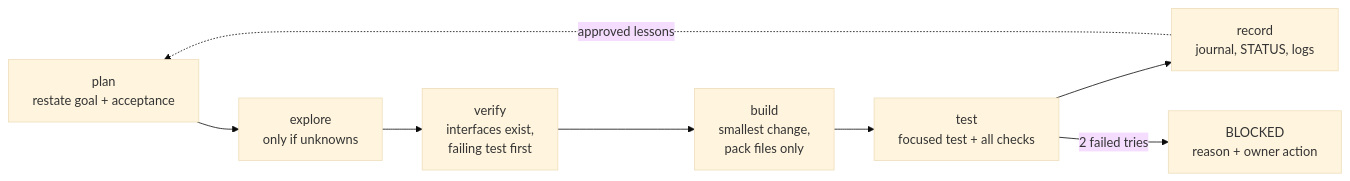
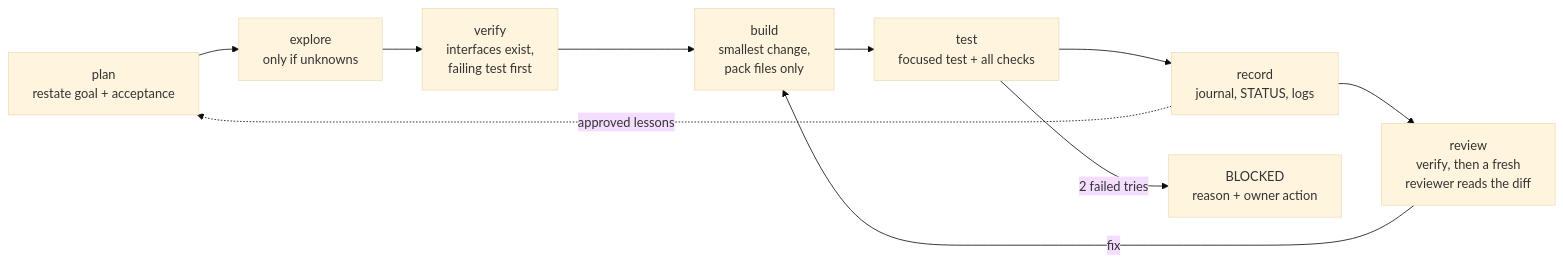
The first of 3 diagrams in README.md (edwinidrus/dragonhoard), drawn with Mermaid (base theme) before and after one commit. The commit also changed other lines of this file and 11 other files, not shown here.

````diff
--- a/README.md
+++ b/README.md
@@ -55,10 +57,12 @@
 ```mermaid
 flowchart LR
   P["plan<br/>restate goal + acceptance"] --> E["explore<br/>only if unknowns"]
   E --> V["verify<br/>interfaces exist,<br/>failing test first"]
   V --> B["build<br/>smallest change,<br/>pack files only"]
   B --> T["test<br/>focused test + all checks"]
   T --> R["record<br/>journal, STATUS, logs"]
+  R --> W["review<br/>verify, then a fresh<br/>reviewer reads the diff"]
+  W -- "fix" --> B
   T -- "2 failed tries" --> X["BLOCKED<br/>reason + owner action"]
   R -. "approved lessons" .-> P
 ```
````
